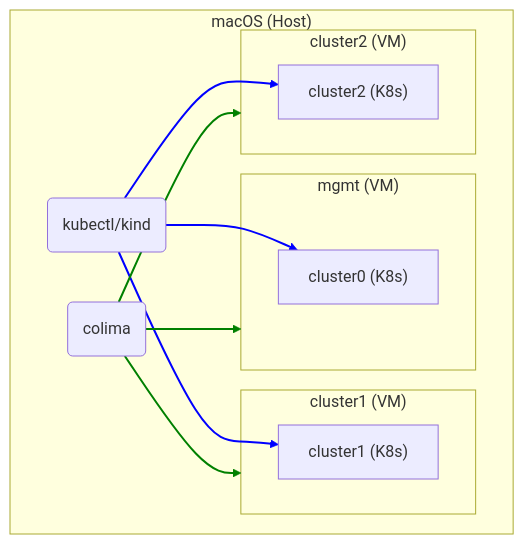
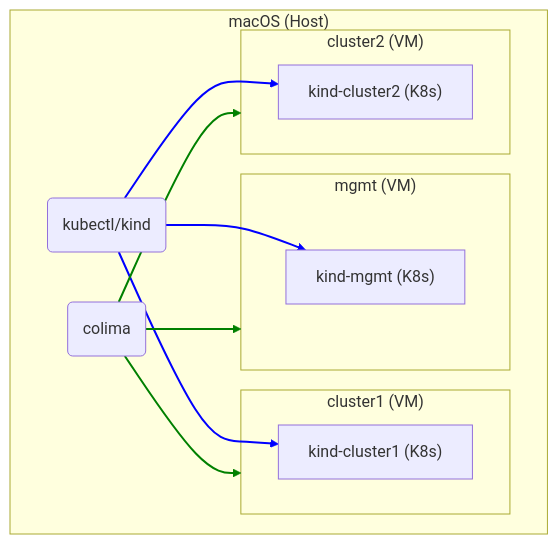
One commit to djmcaleese/kind-on-colima changed the diagram in README.md. Above: the diagram before and after it, drawn with Mermaid.

Commit message:
Renamed clusters in diagram

````diff
--- a/README.md
+++ b/README.md
@@ -56,26 +56,26 @@
 ```mermaid
 graph TB
     subgraph host["macOS (Host)"]
         k("kubectl/kind")
         c("colima")
         subgraph vm0["mgmt (VM)"]
-            k0["cluster0 (K8s)"]
+            k0["kind-mgmt (K8s)"]
         end
         subgraph vm1["cluster1 (VM)"]
-            k1["cluster1 (K8s)"]
+            k1["kind-cluster1 (K8s)"]
         end
         subgraph vm2["cluster2 (VM)"]
-            k2["cluster2 (K8s)"]
+            k2["kind-cluster2 (K8s)"]
         end
         c-->vm0
         c-->vm1
         c-->vm2
         k-->k0
         k-->k1
         k-->k2
     end
 
 
     linkStyle 0,1,2 stroke-width:2px,fill:none,stroke:green;
     linkStyle 3,4,5 stroke-width:2px,fill:none,stroke:blue;
 ```
````
